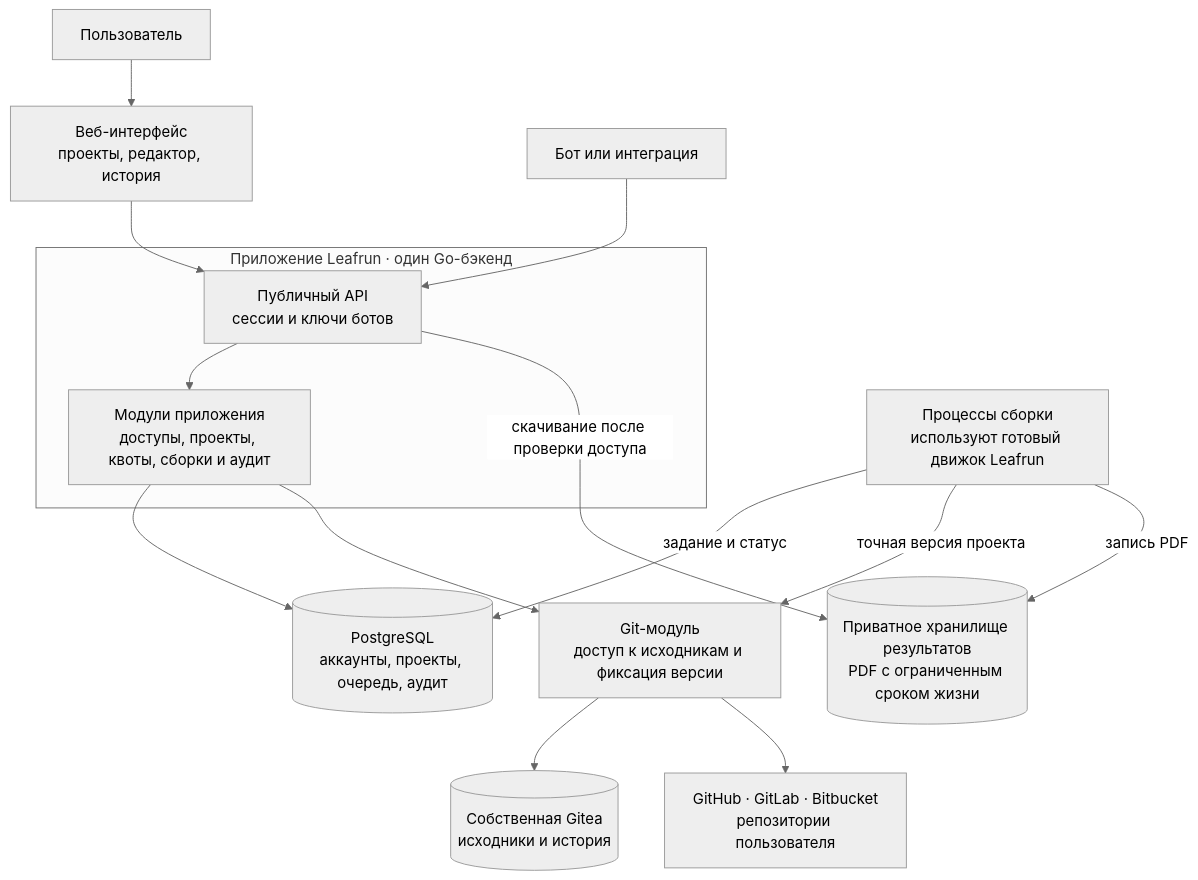
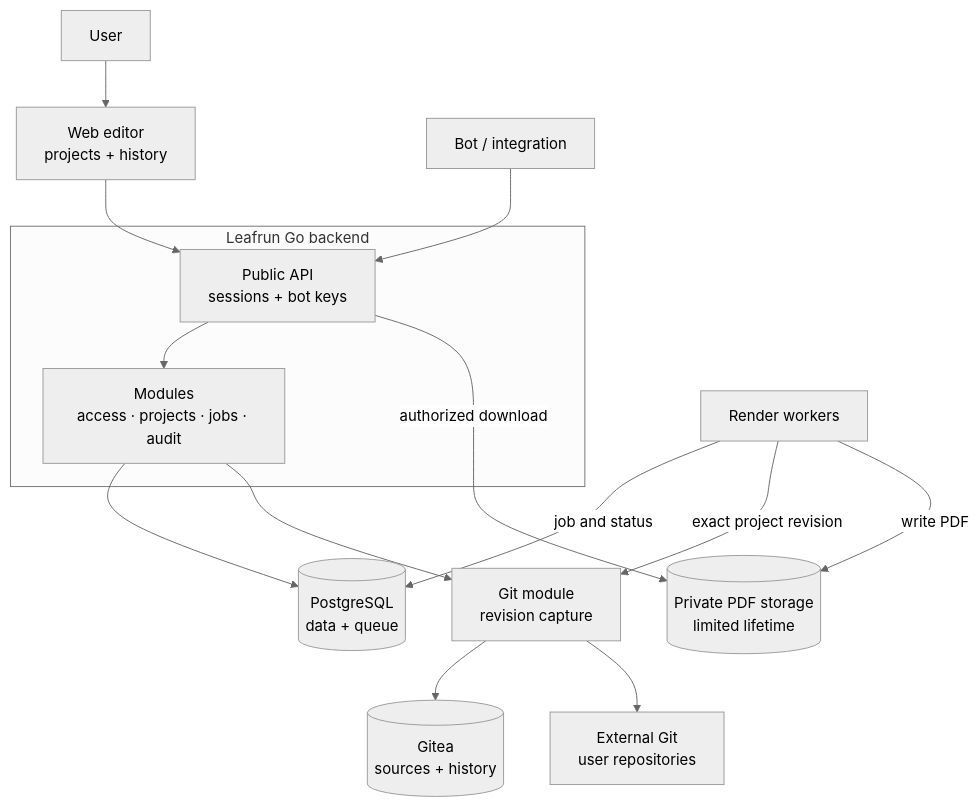
One commit to Feruum/Leafrun changed the diagram in docs/architecture/diagrams/01-overview.mmd. Above: the diagram before and after it, drawn with Mermaid (neutral theme). The commit also changed 38 other files, not shown here.

```diff
--- a/docs/architecture/diagrams/01-overview.mmd
+++ b/docs/architecture/diagrams/01-overview.mmd
@@ -1,19 +1,19 @@
 flowchart TB
-    User["Пользователь"] --> Web["Веб-интерфейс<br/>проекты, редактор, история"]
-    Bot["Бот или интеграция"] --> API
+    User["User"] --> Web["Web editor<br/>projects + history"]
+    Bot["Bot / integration"] --> API
     Web --> API
 
-    subgraph App["Приложение Leafrun · один Go-бэкенд"]
-        API["Публичный API<br/>сессии и ключи ботов"]
-        Core["Модули приложения<br/>доступы, проекты, квоты, сборки и аудит"]
+    subgraph App["Leafrun Go backend"]
+        API["Public API<br/>sessions + bot keys"]
+        Core["Modules<br/>access · projects · jobs · audit"]
         API --> Core
     end
 
-    Core --> DB[("PostgreSQL<br/>аккаунты, проекты, очередь, аудит")]
-    Core --> Git["Git-модуль<br/>доступ к исходникам и фиксация версии"]
-    Git --> Gitea[("Собственная Gitea<br/>исходники и история")]
-    Git --> External["GitHub · GitLab · Bitbucket<br/>репозитории пользователя"]
-    Worker["Процессы сборки<br/>используют готовый движок Leafrun"] -->|"задание и статус"| DB
-    Worker -->|"точная версия проекта"| Git
-    Worker -->|"запись PDF"| Files[("Приватное хранилище результатов<br/>PDF с ограниченным сроком жизни")]
-    API -->|"скачивание после проверки доступа"| Files
+    Core --> DB[("PostgreSQL<br/>data + queue")]
+    Core --> Git["Git module<br/>revision capture"]
+    Git --> Gitea[("Gitea<br/>sources + history")]
+    Git --> External["External Git<br/>user repositories"]
+    Worker["Render workers"] -->|"job and status"| DB
+    Worker -->|"exact project revision"| Git
+    Worker -->|"write PDF"| Files[("Private PDF storage<br/>limited lifetime")]
+    API -->|"authorized download"| Files
```
